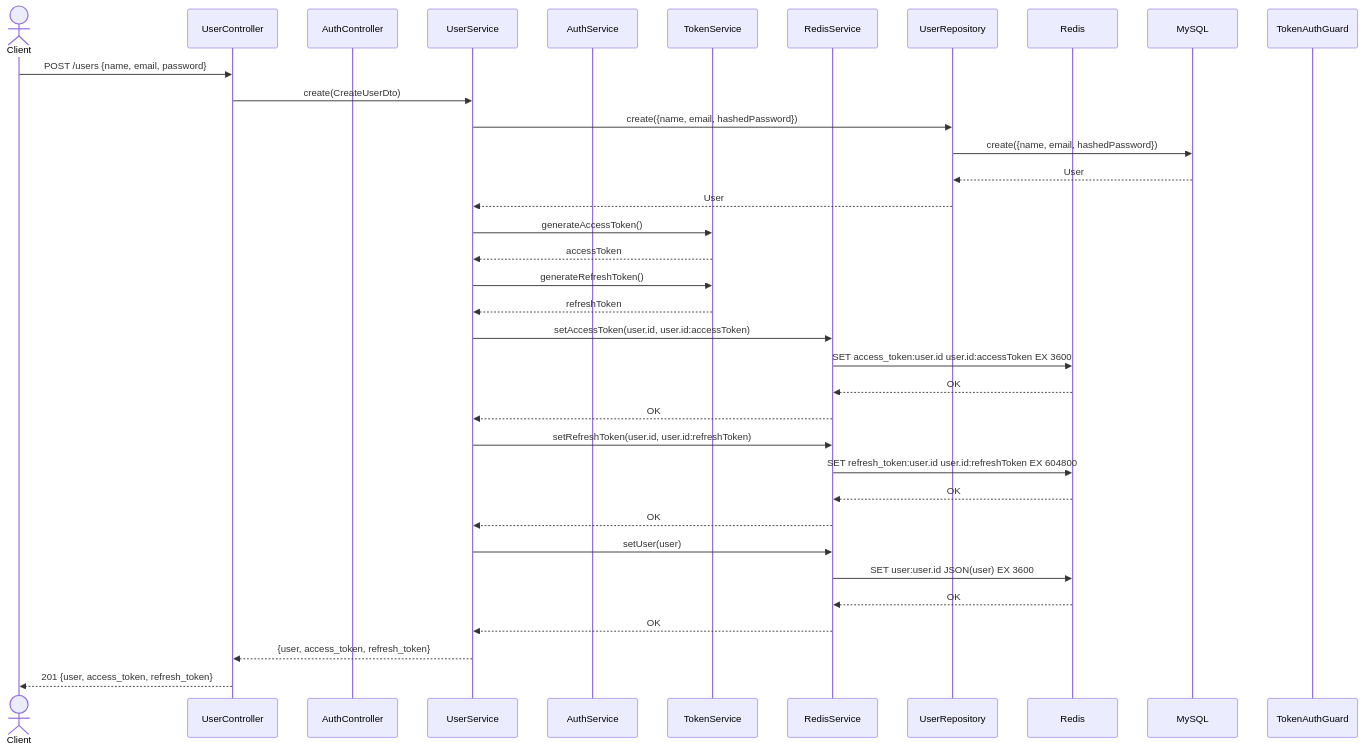
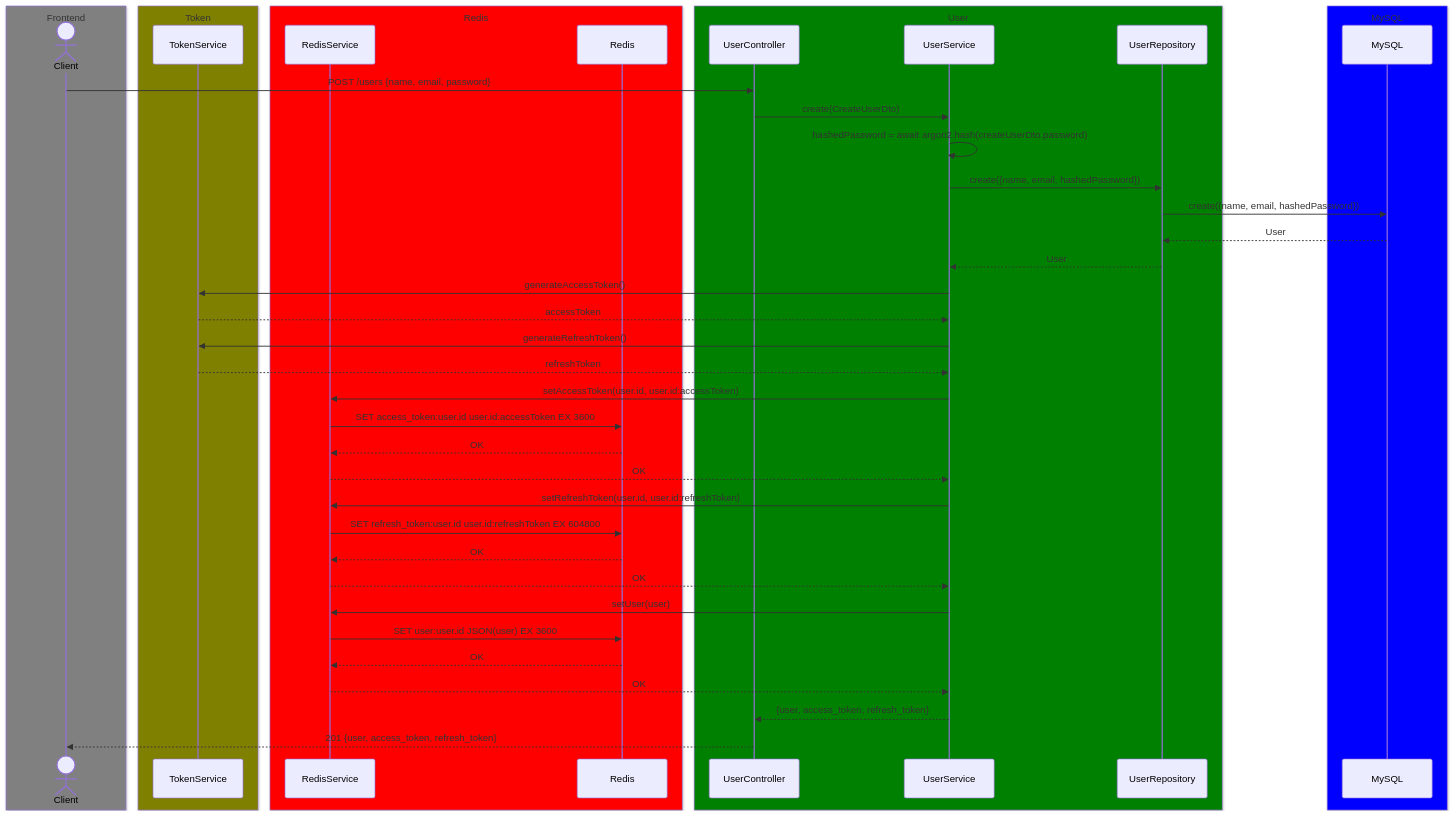
One commit to hamidehalaee/nestjs_ddd_skeleton changed the diagram in docs/auth/register.md. Above: the diagram before and after it, drawn with Mermaid. The commit also changed 2 other files, not shown here.

Commit message:
update: diagram

````diff
--- a/docs/auth/register.md
+++ b/docs/auth/register.md
@@ -1,40 +1,52 @@
 ```mermaid
 sequenceDiagram
+  box Gray Frontend
   actor Client
+  end
+
+  box Olive Token
+  participant TokenService
+  end
+
+  box Red Redis
+  participant RedisService
+  participant Redis
+  end
+
+  box Green User
   participant Controller as UserController
-  participant AuthController
   participant UserService
-  participant AuthService
-  participant TokenService
-  participant RedisService
   participant UserRepo as UserRepository
-  participant Redis
+  end
+
+  box Blue MySQL
   participant MySQL
-  participant Guard as TokenAuthGuard
+  end
 
   %% Registration Flow
   Client->>Controller: POST /users {name, email, password}
   Controller->>UserService: create(CreateUserDto)
+  UserService->> UserService: hashedPassword = await argon2.hash(createUserDto.password);
   UserService->>UserRepo: create({name, email, hashedPassword})
   UserRepo->>MySQL: create({name, email, hashedPassword})
   MySQL-->>UserRepo: User
   UserRepo-->>UserService: User
   UserService->>TokenService: generateAccessToken()
   TokenService-->>UserService: accessToken
   UserService->>TokenService: generateRefreshToken()
   TokenService-->>UserService: refreshToken
   UserService->>RedisService: setAccessToken(user.id, user.id:accessToken)
   RedisService->>Redis: SET access_token:user.id user.id:accessToken EX 3600
   Redis-->>RedisService: OK
   RedisService-->>UserService: OK
   UserService->>RedisService: setRefreshToken(user.id, user.id:refreshToken)
   RedisService->>Redis: SET refresh_token:user.id user.id:refreshToken EX 604800
   Redis-->>RedisService: OK
   RedisService-->>UserService: OK
   UserService->>RedisService: setUser(user)
   RedisService->>Redis: SET user:user.id JSON(user) EX 3600
   Redis-->>RedisService: OK
   RedisService-->>UserService: OK
   UserService-->>Controller: {user, access_token, refresh_token}
   Controller-->>Client: 201 {user, access_token, refresh_token}
 ```
````
